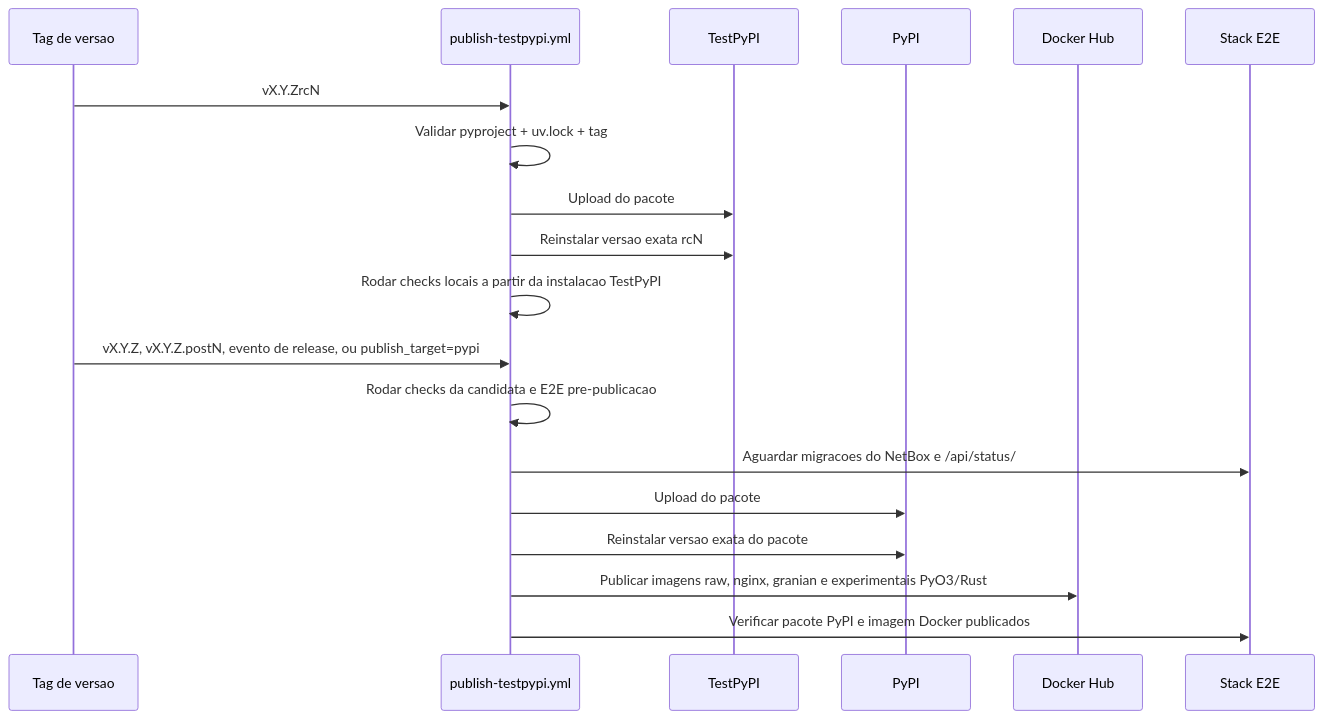
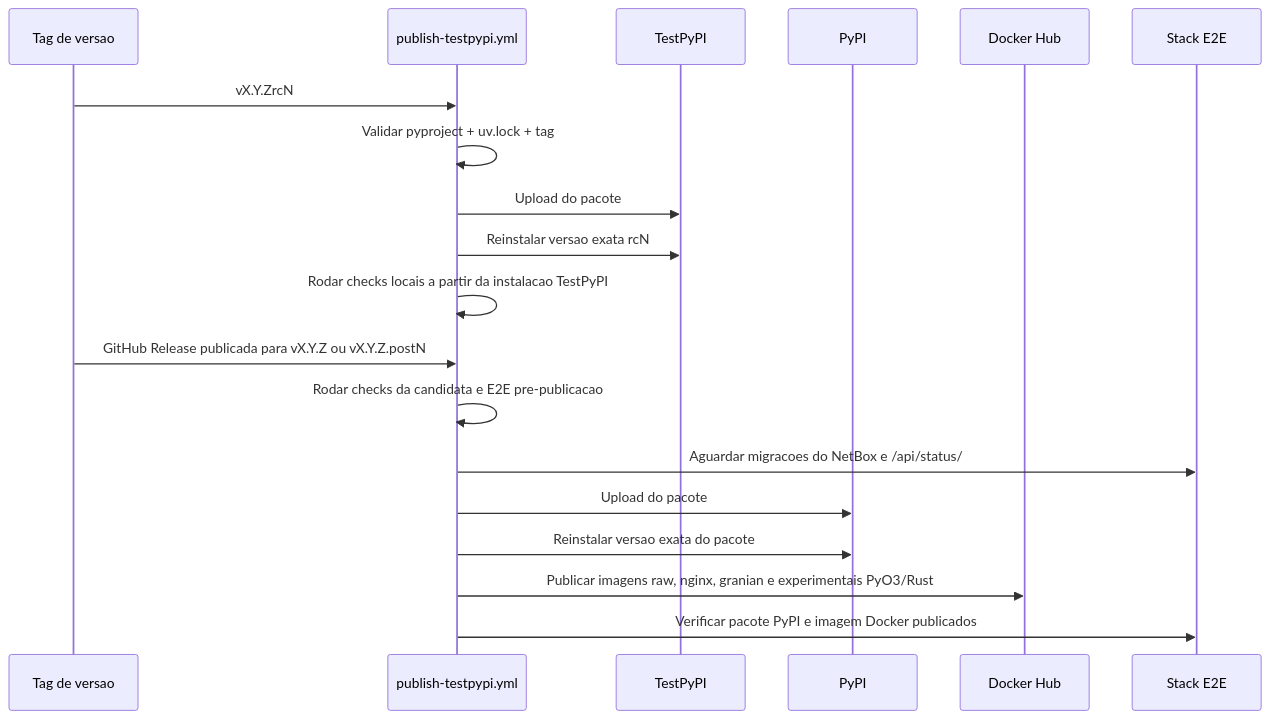
Before and after one commit to emersonfelipesp/proxbox-api: the second of 2 diagrams in docs/pt-BR/development/release-publishing.md, drawn with Mermaid. The commit also changed other lines of this file and 30 other files, not shown here.

````diff
--- a/docs/pt-BR/development/release-publishing.md
+++ b/docs/pt-BR/development/release-publishing.md
@@ -43,23 +45,23 @@
 ```mermaid
 sequenceDiagram
     participant Tag as Tag de versao
     participant WF as publish-testpypi.yml
     participant TP as TestPyPI
     participant PY as PyPI
     participant DH as Docker Hub
     participant E2E as Stack E2E
 
     Tag->>WF: vX.Y.ZrcN
     WF->>WF: Validar pyproject + uv.lock + tag
     WF->>TP: Upload do pacote
     WF->>TP: Reinstalar versao exata rcN
     WF->>WF: Rodar checks locais a partir da instalacao TestPyPI
 
-    Tag->>WF: vX.Y.Z, vX.Y.Z.postN, evento de release, ou publish_target=pypi
+    Tag->>WF: GitHub Release publicada para vX.Y.Z ou vX.Y.Z.postN
     WF->>WF: Rodar checks da candidata e E2E pre-publicacao
     WF->>E2E: Aguardar migracoes do NetBox e /api/status/
     WF->>PY: Upload do pacote
     WF->>PY: Reinstalar versao exata do pacote
     WF->>DH: Publicar imagens raw, nginx, granian e experimentais PyO3/Rust
     WF->>E2E: Verificar pacote PyPI e imagem Docker publicados
 ```
````
